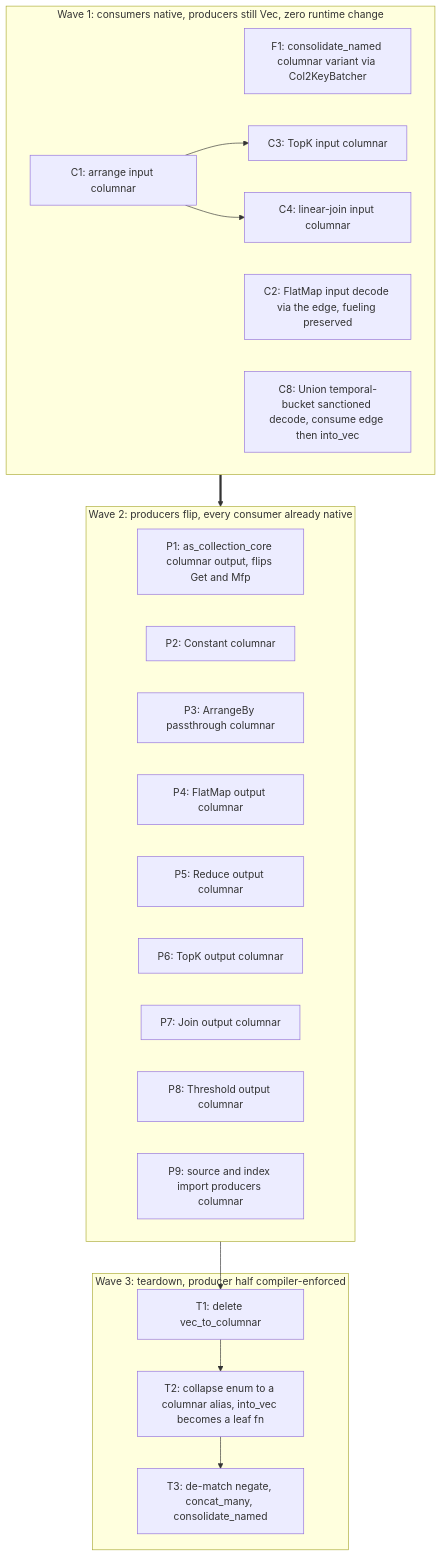
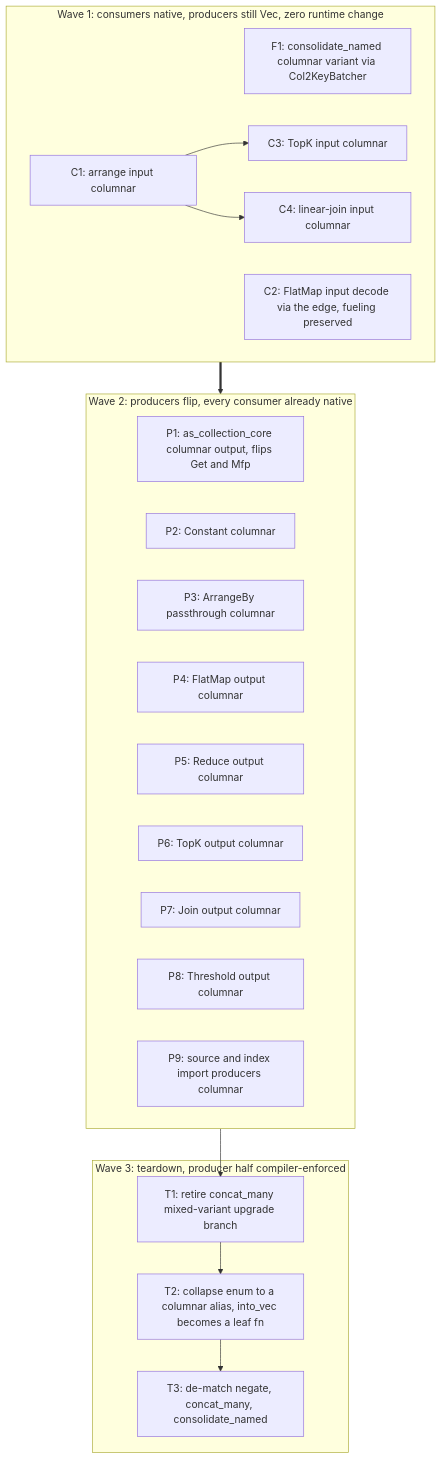
The diagram in doc/developer/design/20260720_columnar_dataflow_edges.md (MaterializeInc/materialize), drawn with Mermaid before and after one commit. The commit also changed other lines of this file, not shown here.

First line of the commit message:
doc: drop C8, fix teardown (vec_to_columnar survives)

````diff
--- a/doc/developer/design/20260720_columnar_dataflow_edges.md
+++ b/doc/developer/design/20260720_columnar_dataflow_edges.md
@@ -143,33 +143,32 @@
 ```mermaid
 graph TD
   subgraph Wave1["Wave 1: consumers native, producers still Vec, zero runtime change"]
     F1["F1: consolidate_named columnar variant via Col2KeyBatcher"]
     C1["C1: arrange input columnar"]
     C2["C2: FlatMap input decode via the edge, fueling preserved"]
     C3["C3: TopK input columnar"]
     C4["C4: linear-join input columnar"]
-    C8["C8: Union temporal-bucket sanctioned decode, consume edge then into_vec"]
   end
   subgraph Wave2["Wave 2: producers flip, every consumer already native"]
     P1["P1: as_collection_core columnar output, flips Get and Mfp"]
     P2["P2: Constant columnar"]
     P3["P3: ArrangeBy passthrough columnar"]
     P4["P4: FlatMap output columnar"]
     P5["P5: Reduce output columnar"]
     P6["P6: TopK output columnar"]
     P7["P7: Join output columnar"]
     P8["P8: Threshold output columnar"]
     P9["P9: source and index import producers columnar"]
   end
   subgraph Wave3["Wave 3: teardown, producer half compiler-enforced"]
-    T1["T1: delete vec_to_columnar"]
+    T1["T1: retire concat_many mixed-variant upgrade branch"]
     T2["T2: collapse enum to a columnar alias, into_vec becomes a leaf fn"]
     T3["T3: de-match negate, concat_many, consolidate_named"]
   end
   C1 --> C3
   C1 --> C4
   Wave1 ==> Wave2
   Wave2 --> T1
   T1 --> T2
   T2 --> T3
 ```
````
